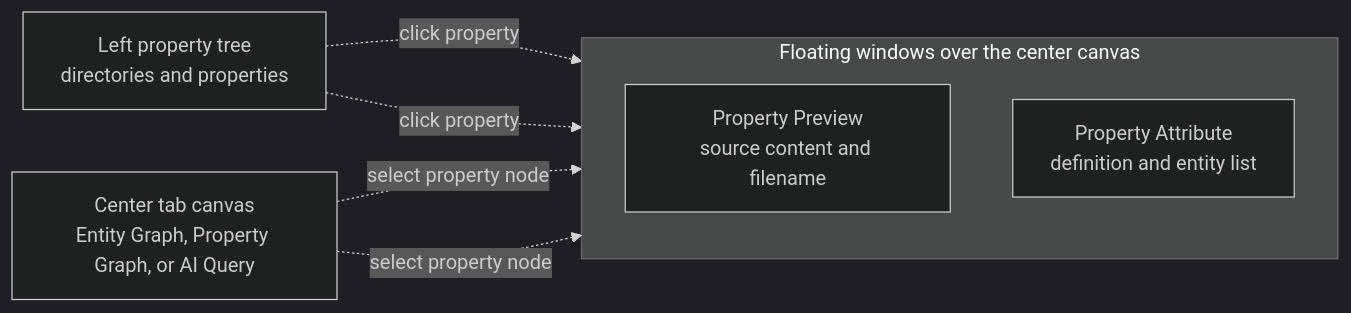
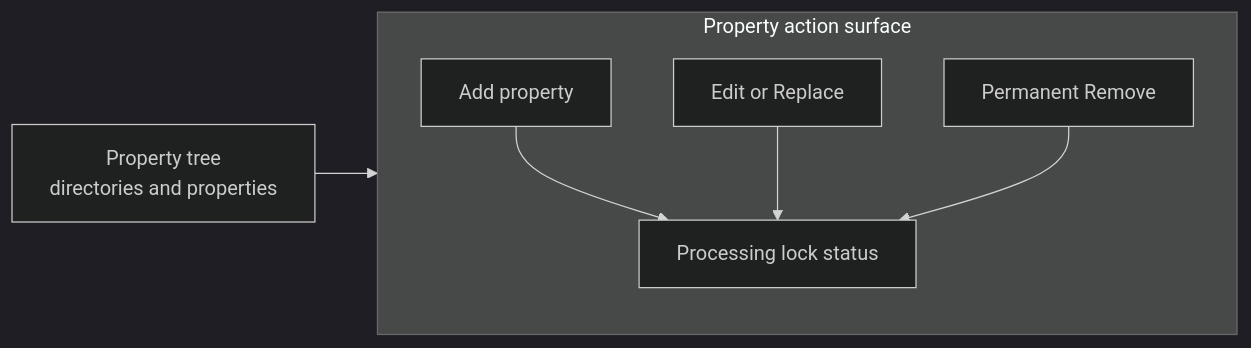
One commit to ATreep/DocSeek changed the fifth of 19 diagrams in docs/superpowers/specs/2026-08-15-docseek-detailed-prd.md. Above: the diagram before and after it, drawn with Mermaid (dark theme). The commit also changed other lines of this file and 1 other file, not shown here.

Commit message:
docs: revise DocSeek for Neo4j GraphRAG architecture

````diff
--- a/docs/superpowers/specs/2026-08-15-docseek-detailed-prd.md
+++ b/docs/superpowers/specs/2026-08-15-docseek-detailed-prd.md
@@ -185,14 +227,15 @@
 ```mermaid
 flowchart LR
-  TREE["Left property tree<br/>directories and properties"]
-  CENTER["Center tab canvas<br/>Entity Graph, Property Graph, or AI Query"]
-  subgraph FLOATING_WINDOWS["Floating windows over the center canvas"]
+  TREE_PANEL["Property tree<br/>directories and properties"]
+  subgraph ACTION_PANEL["Property action surface"]
     direction TB
-    PREVIEW["Property Preview<br/>source content and filename"]
-    ATTRIBUTE["Property Attribute<br/>definition and entity list"]
+    UPLOAD["Add property"]
+    EDIT["Edit or Replace"]
+    REMOVE["Permanent Remove"]
+    STATUS["Processing lock status"]
   end
-  TREE -. "click property" .-> PREVIEW
-  TREE -. "click property" .-> ATTRIBUTE
-  CENTER -. "select property node" .-> PREVIEW
-  CENTER -. "select property node" .-> ATTRIBUTE
+  TREE_PANEL --> ACTION_PANEL
+  UPLOAD --> STATUS
+  EDIT --> STATUS
+  REMOVE --> STATUS
 ```
````
